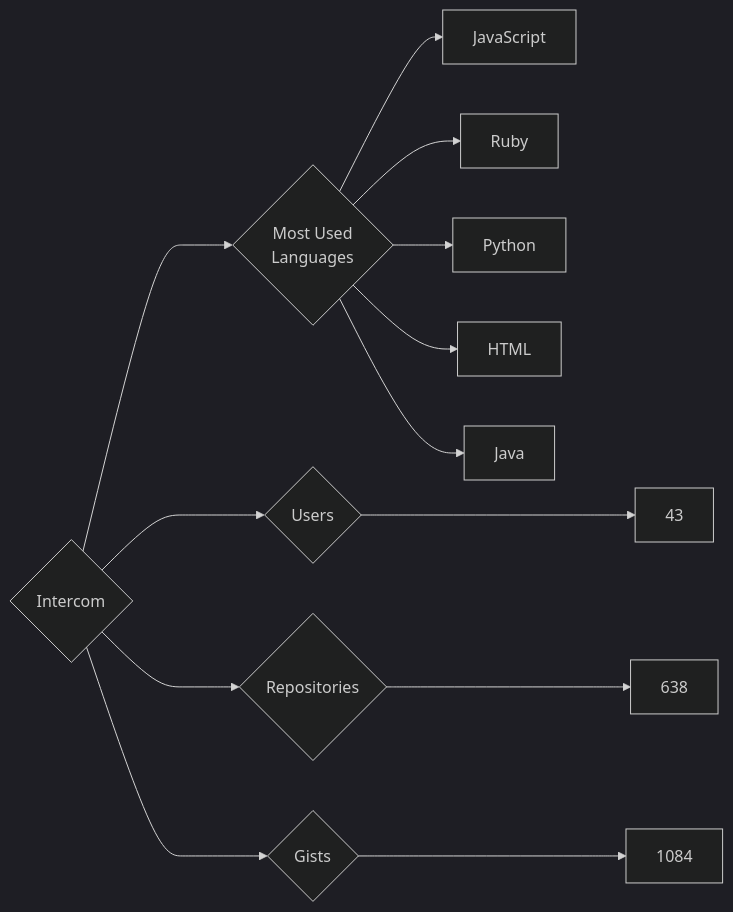
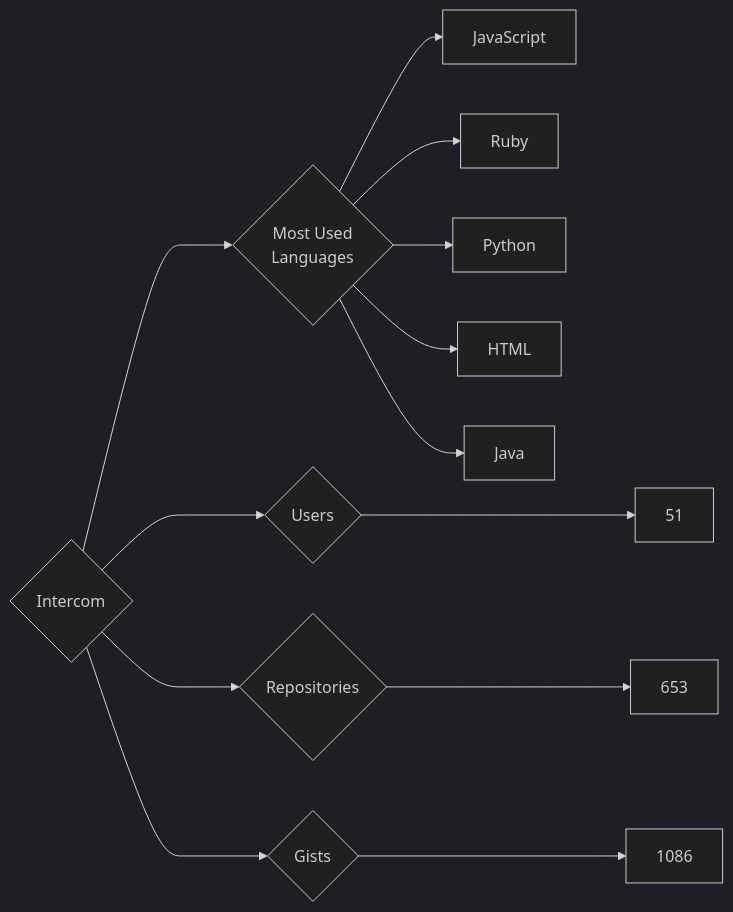
The diagram in targets/Intercom/README.md (trickest/insiders), drawn with Mermaid (dark theme) before and after one commit. The commit also changed 965 other files, not shown here.

````diff
--- a/targets/Intercom/README.md
+++ b/targets/Intercom/README.md
@@ -3,13 +3,13 @@
 ```mermaid
 graph LR
 COMPANY_NAME{Intercom}
-COMPANY_NAME ---> U{Users} ---> UN[43]
-COMPANY_NAME ---> R{Repositories} ---> RN[638]
-COMPANY_NAME ---> G{Gists} ---> GN[1084]
+COMPANY_NAME ---> U{Users} ---> UN[51]
+COMPANY_NAME ---> R{Repositories} ---> RN[653]
+COMPANY_NAME ---> G{Gists} ---> GN[1086]
 COMPANY_NAME ---> ML{Most Used<br>Languages}
 ML --> JavaScript[JavaScript]
 ML --> Ruby[Ruby]
 ML --> Python[Python]
 ML --> HTML[HTML]
 ML --> Java[Java]
 ```
````
